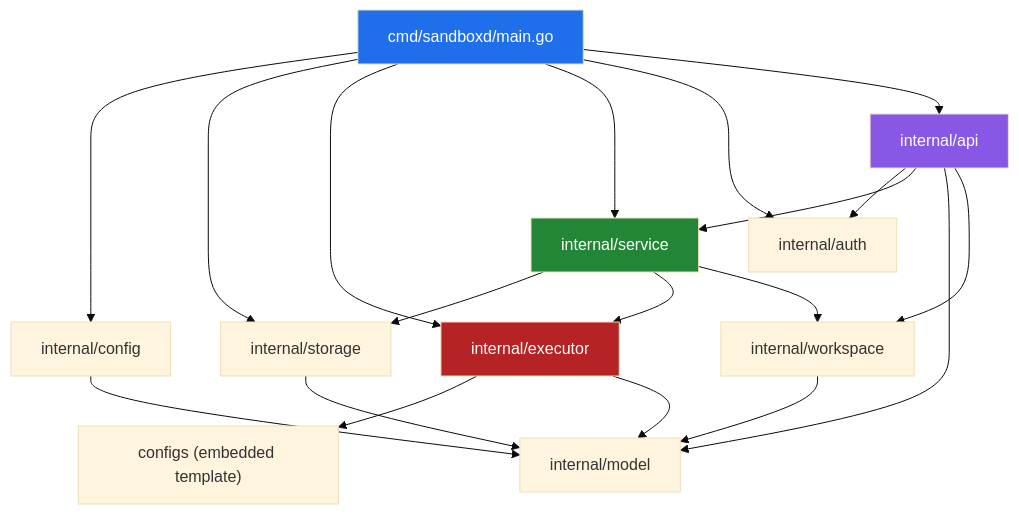
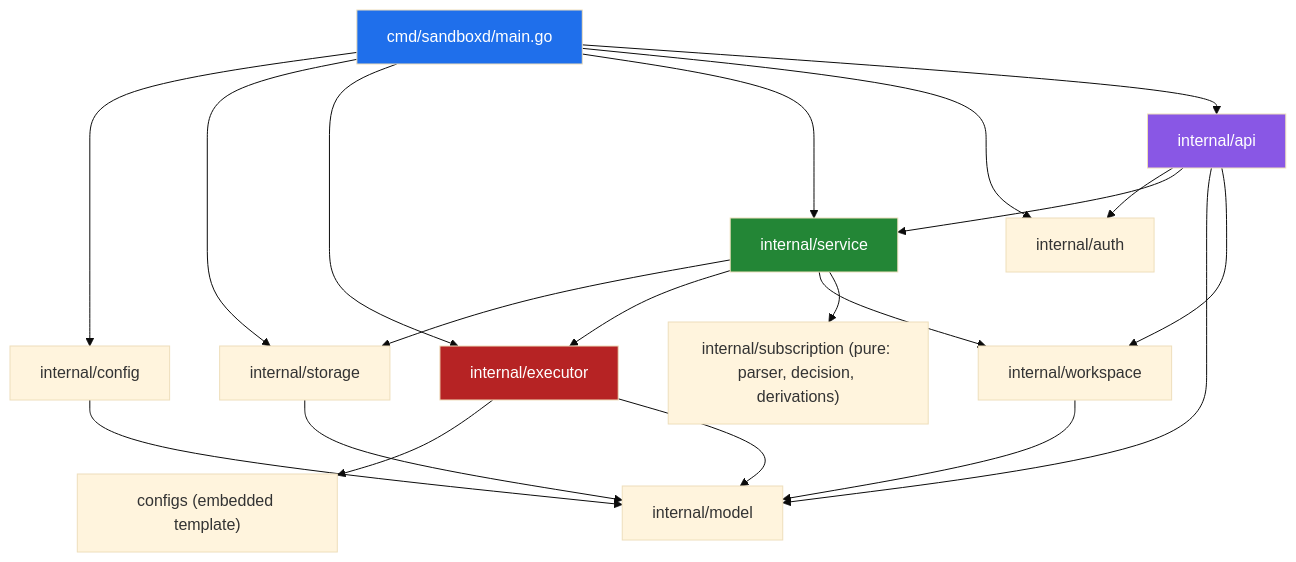
Before and after one commit to M3-mo2/cloud-service: the second of 19 diagrams in docs/ARCHITECTURE.md, drawn with Mermaid (base theme). The commit also changed other lines of this file and 8 other files, not shown here.

First line of the commit message:
docs(subscription): ADR 87-91, API/SPEC/openapi/config/ARCHITECTURE/VERIFICATION, docs-consistency wiring

````diff
--- a/docs/ARCHITECTURE.md
+++ b/docs/ARCHITECTURE.md
@@ -135,29 +135,30 @@
 ```mermaid
 flowchart TD
     MAIN["cmd/sandboxd/main.go"] --> CFG["internal/config"]
     MAIN --> STORE["internal/storage"]
     MAIN --> RUN["internal/executor"]
     MAIN --> SVC["internal/service"]
     MAIN --> AUTHN["internal/auth"]
     MAIN --> API["internal/api"]
 
     API --> AUTHN
     API --> SVC
     API --> MODEL["internal/model"]
     API --> WS["internal/workspace"]
 
     SVC --> STORE
     SVC --> RUN
     SVC --> WS
+    SVC --> SUB["internal/subscription (pure: parser, decision, derivations)"]
 
     RUN --> CFGS["configs (embedded template)"]
     RUN --> MODEL
     STORE --> MODEL
     WS --> MODEL
     CFG --> MODEL
 
     style MAIN fill:#1f6feb,color:#fff
     style API fill:#8957e5,color:#fff
     style SVC fill:#238636,color:#fff
     style RUN fill:#b62324,color:#fff
 ```
````
